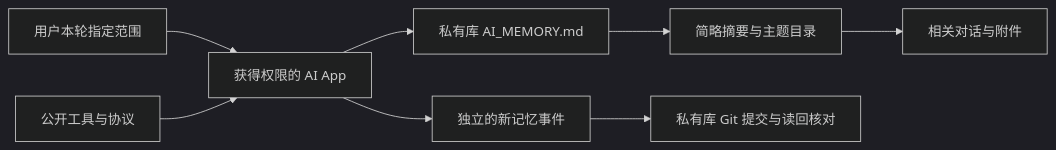
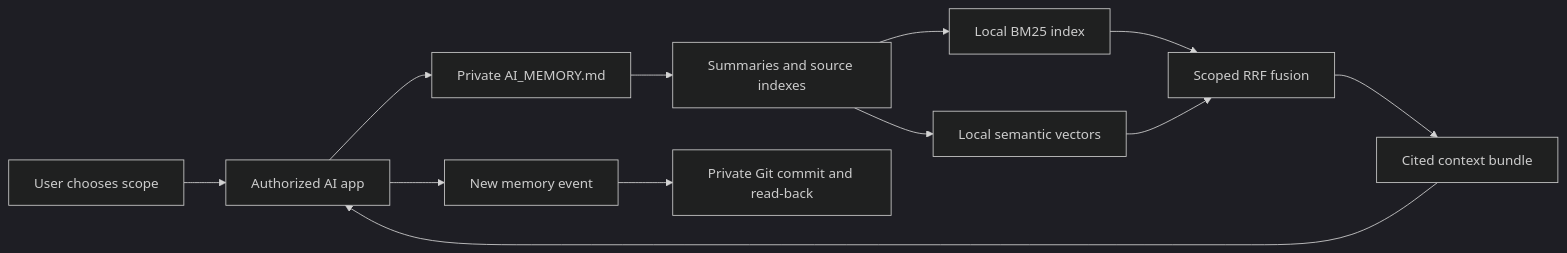
The diagram in docs/DESIGN.md (jovial-liu/memory-bridge), drawn with Mermaid (dark theme) before and after one commit. The commit also changed other lines of this file and 22 other files, not shown here.

Commit message:
Add GitHub-native agent memory operations and multilingual hybrid retrieval

````diff
--- a/docs/DESIGN.md
+++ b/docs/DESIGN.md
@@ -5,10 +5,14 @@
 ```mermaid
 flowchart LR
-  A[用户本轮指定范围] --> B[获得权限的 AI App]
-  B --> C[私有库 AI_MEMORY.md]
-  C --> D[简略摘要与主题目录]
-  D --> E[相关对话与附件]
-  B --> F[独立的新记忆事件]
-  F --> G[私有库 Git 提交与读回核对]
-  H[公开工具与协议] --> B
+  U[User chooses scope] --> A[Authorized AI app]
+  A --> E[Private AI_MEMORY.md]
+  E --> N[Summaries and source indexes]
+  N --> K[Local BM25 index]
+  N --> V[Local semantic vectors]
+  K --> F[Scoped RRF fusion]
+  V --> F
+  F --> C[Cited context bundle]
+  C --> A
+  A --> W[New memory event]
+  W --> G[Private Git commit and read-back]
 ```
````
